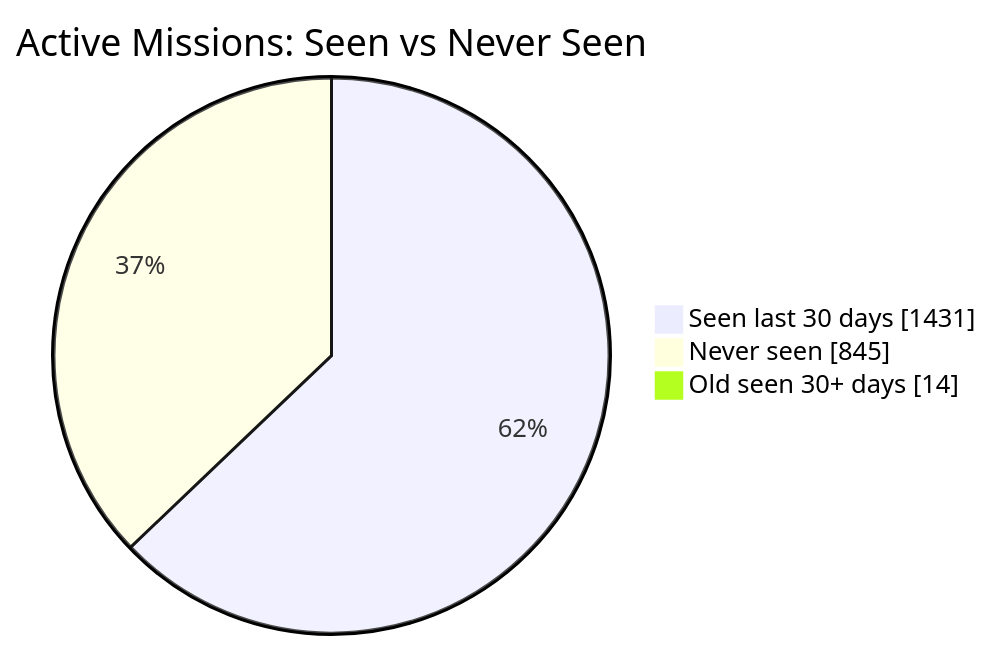
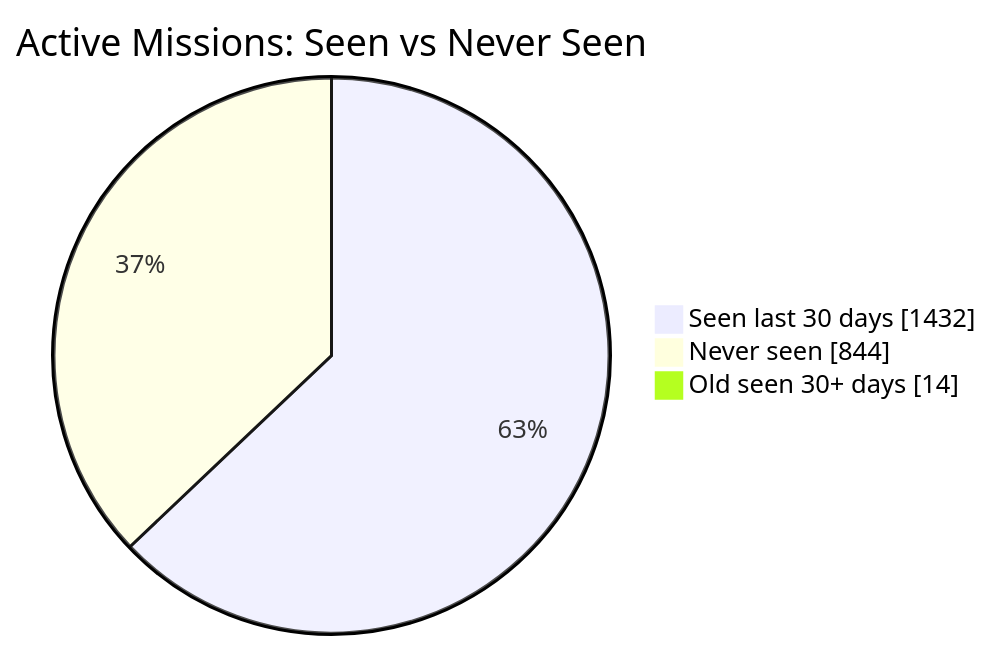
One commit to MeldkamerspelGameTeam/active-missions changed the first of 2 diagrams in README.md. Above: the diagram before and after it, drawn with Mermaid. The commit also changed other lines of this file and 3 other files, not shown here.

````diff
--- a/README.md
+++ b/README.md
@@ -34,7 +34,7 @@
 ```mermaid
 pie showData
     title Active Missions: Seen vs Never Seen
-    "Seen last 30 days" : 1431
-    "Never seen" : 845
+    "Seen last 30 days" : 1432
+    "Never seen" : 844
     "Old seen 30+ days" : 14
 ```
````
